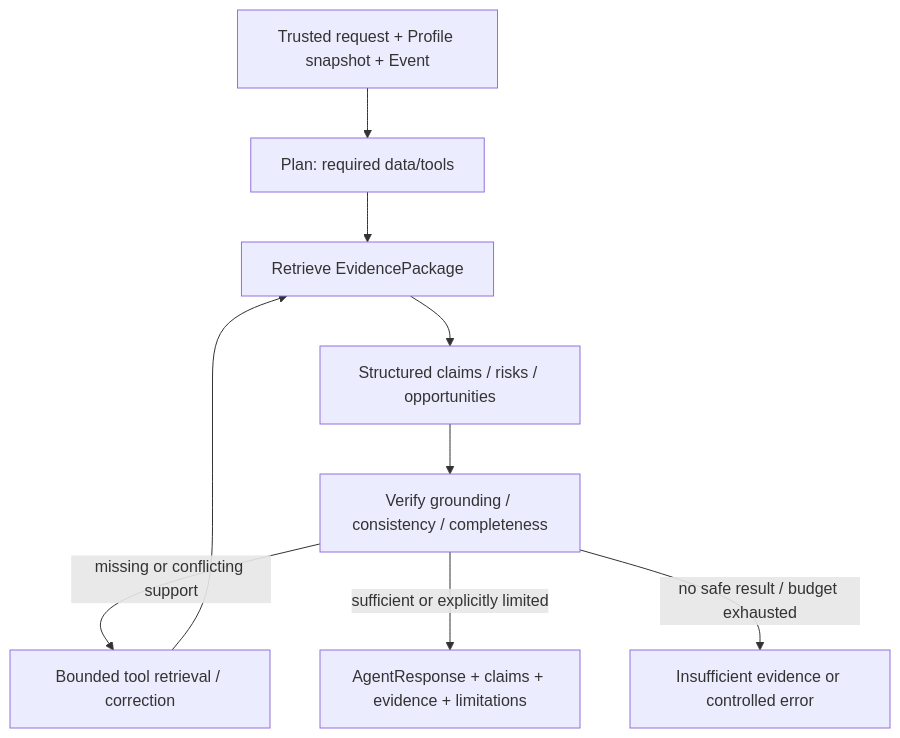
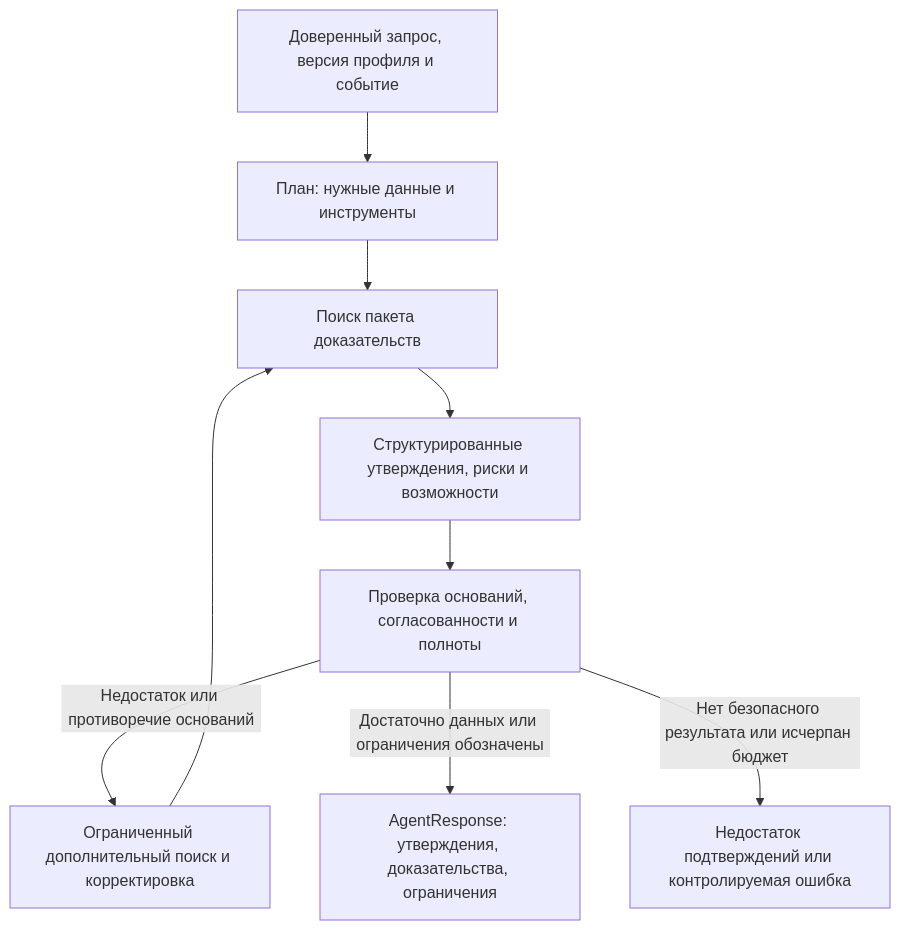
The diagram in docs/ml/ml-design.md (alfa-hackaton-team/burmalda), drawn with Mermaid before and after one commit. The commit also changed other lines of this file and 19 other files, not shown here.

````diff
--- a/docs/ml/ml-design.md
+++ b/docs/ml/ml-design.md
@@ -31,11 +31,11 @@
 ```mermaid
 flowchart TD
-  R[Trusted request + Profile snapshot + Event] --> P[Plan: required data/tools]
-  P --> E[Retrieve EvidencePackage]
-  E --> G[Structured claims / risks / opportunities]
-  G --> V[Verify grounding / consistency / completeness]
-  V -->|missing or conflicting support| T[Bounded tool retrieval / correction]
+  R[Доверенный запрос, версия профиля и событие] --> P[План: нужные данные и инструменты]
+  P --> E[Поиск пакета доказательств]
+  E --> G[Структурированные утверждения, риски и возможности]
+  G --> V[Проверка оснований, согласованности и полноты]
+  V -->|Недостаток или противоречие оснований| T[Ограниченный дополнительный поиск и корректировка]
   T --> E
-  V -->|sufficient or explicitly limited| A[AgentResponse + claims + evidence + limitations]
-  V -->|no safe result / budget exhausted| L[Insufficient evidence or controlled error]
+  V -->|Достаточно данных или ограничения обозначены| A[AgentResponse: утверждения, доказательства, ограничения]
+  V -->|Нет безопасного результата или исчерпан бюджет| L[Недостаток подтверждений или контролируемая ошибка]
 ```
````
